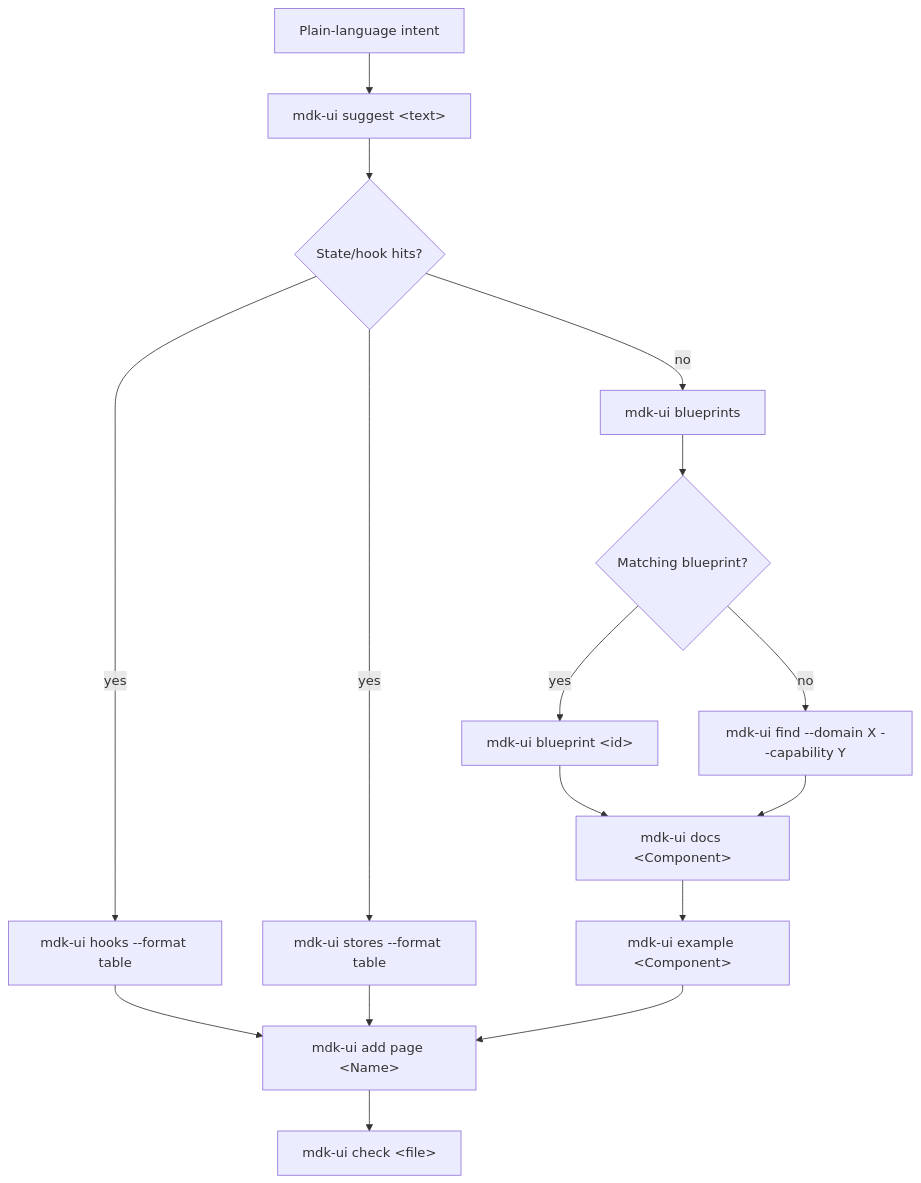
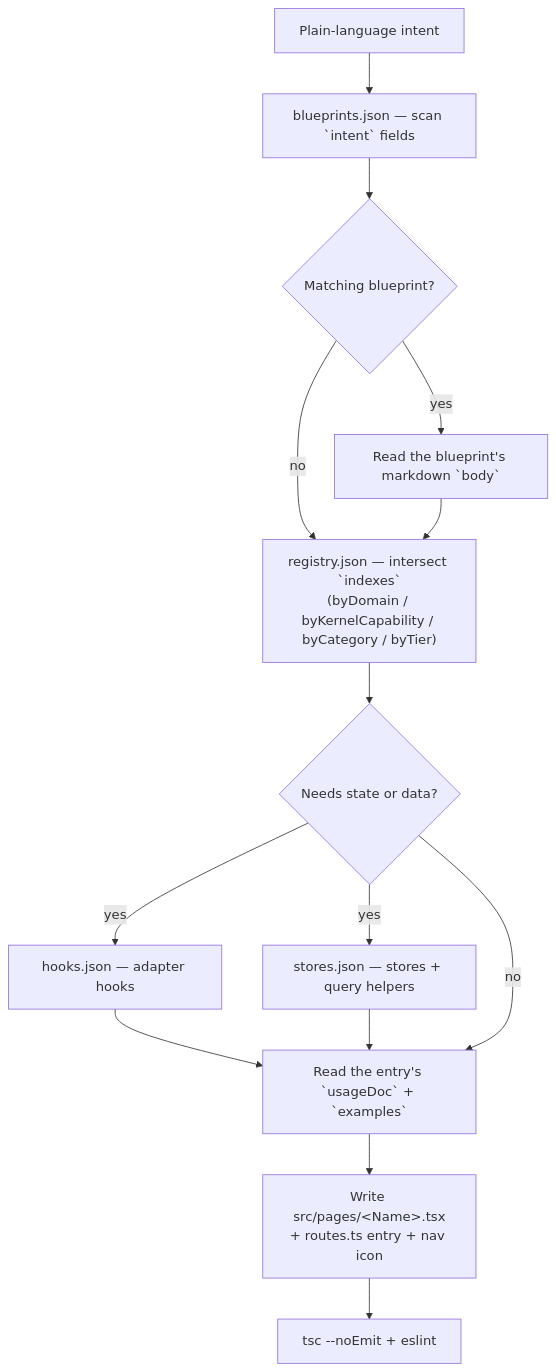
Before and after one commit to tekwani/mdk: the second of 2 diagrams in ui/docs/AGENT_FIRST.md, drawn with Mermaid. The commit also changed other lines of this file and 414 other files, not shown here.

````diff
--- a/ui/docs/AGENT_FIRST.md
+++ b/ui/docs/AGENT_FIRST.md
@@ -250,32 +226,28 @@
 ```mermaid
 flowchart TD
   intent["Plain-language intent"]
-  suggest["mdk-ui suggest &lt;text&gt;"]
-  stateHits{"State/hook hits?"}
-  hooksCmd["mdk-ui hooks --format table"]
-  storesCmd["mdk-ui stores --format table"]
-  list["mdk-ui blueprints"]
+  bp["blueprints.json — scan `intent` fields"]
   match{"Matching blueprint?"}
-  blueprint["mdk-ui blueprint &lt;id&gt;"]
-  find["mdk-ui find --domain X --capability Y"]
-  docs["mdk-ui docs &lt;Component&gt;"]
-  example["mdk-ui example &lt;Component&gt;"]
-  scaffold["mdk-ui add page &lt;Name&gt;"]
-  verify["mdk-ui check &lt;file&gt;"]
+  body["Read the blueprint's markdown `body`"]
+  facets["registry.json — intersect `indexes`\n(byDomain / byKernelCapability / byCategory / byTier)"]
+  state{"Needs state or data?"}
+  hooks["hooks.json — adapter hooks"]
+  stores["stores.json — stores + query helpers"]
+  contract["Read the entry's `usageDoc` + `examples`"]
+  scaffold["Write src/pages/&lt;Name&gt;.tsx\n+ routes.ts entry + nav icon"]
+  verify["tsc --noEmit + eslint"]
 
-  intent --> suggest
-  suggest --> stateHits
-  stateHits -- yes --> hooksCmd
-  stateHits -- yes --> storesCmd
-  stateHits -- no --> list
-  hooksCmd --> scaffold
-  storesCmd --> scaffold
-  list --> match
-  match -- yes --> blueprint
-  match -- no --> find
-  blueprint --> docs
-  find --> docs
-  docs --> example
-  example --> scaffold
+  intent --> bp
+  bp --> match
+  match -- yes --> body
+  match -- no --> facets
+  body --> facets
+  facets --> state
+  state -- yes --> hooks
+  state -- yes --> stores
+  hooks --> contract
+  stores --> contract
+  state -- no --> contract
+  contract --> scaffold
   scaffold --> verify
 ```
````
